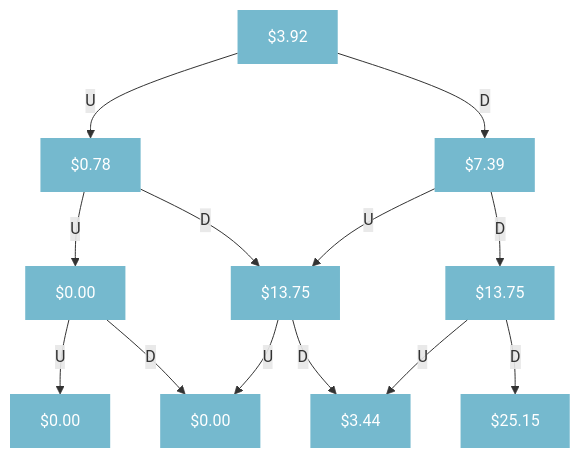
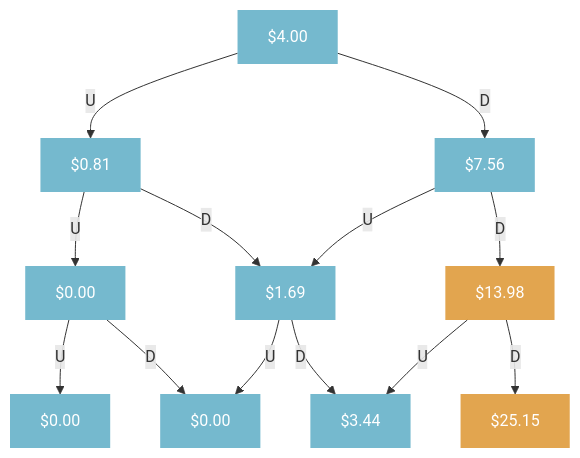
The fifth of 5 diagrams in _posts/2024-02-09-Binominal-Trees.md (JerBouma/jerbouma.github.io), drawn with Mermaid before and after one commit. The commit also changed other lines of this file and 10 other files, not shown here.

Commit message:
Do some formatting, grammar changes and sentence flow checks

```diff
--- a/_posts/2024-02-09-Binominal-Trees.md
+++ b/_posts/2024-02-09-Binominal-Trees.md
@@ -263,24 +258,25 @@
 <div class="mermaid">
 
 flowchart TD;
 classDef boxfont fill:#3b9cba,stroke-width:0px,fill-opacity:0.7,color:white,radius:20px;
+classDef highlightfont fill:#d67f05,stroke-width:0px,fill-opacity:0.7,color:white,radius:20px;
 
-Step0["$3.92"]:::boxfont -- U --> Step1["$0.78"]:::boxfont
-Step0["$3.92"] -- D --> Step2["$7.39"]:::boxfont
+Step0["$4.00"]:::boxfont -- U --> Step1["$0.81"]:::boxfont
+Step0["$4.00"] -- D --> Step2["$7.56"]:::boxfont
 
-Step1["$0.78"] -- U --> Step3["$0.00"]:::boxfont
-Step1["$0.78"] -- D --> Step4["$1.64"]:::boxfont
+Step1["$0.81"] -- U --> Step3["$0.00"]:::boxfont
+Step1["$0.81"] -- D --> Step4["$1.69"]:::boxfont
 
-Step2["$7.39"] -- U --> Step4["$1.64"]:::boxfont
-Step2["$7.39"] -- D --> Step5["$13.75"]:::boxfont
+Step2["$7.56"] -- U --> Step4["$1.69"]:::boxfont
+Step2["$7.56"] -- D --> Step5["$13.98"]:::highlightfont
 
 Step3["$0.00"] -- U --> Step6["$0.00"]:::boxfont
 Step3["$0.00"] -- D --> Step7["$0.00"]:::boxfont
 
-Step4["$1.64"] -- U --> Step7["$0.00"]:::boxfont
-Step4["$13.75"] -- D --> Step8["$3.44"]:::boxfont
+Step4["$1.69"] -- U --> Step7["$0.00"]:::boxfont
+Step4["$1.69"] -- D --> Step8["$3.44"]:::boxfont
 
-Step5["$13.75"] -- U --> Step8["$3.44"]:::boxfont
-Step5["$13.75"] -- D --> Step9["$25.15"]:::boxfont
+Step5["$13.98"] -- U --> Step8["$3.44"]:::boxfont
+Step5["$13.98"] -- D --> Step9["$25.15"]:::highlightfont
 
 </div>
```
